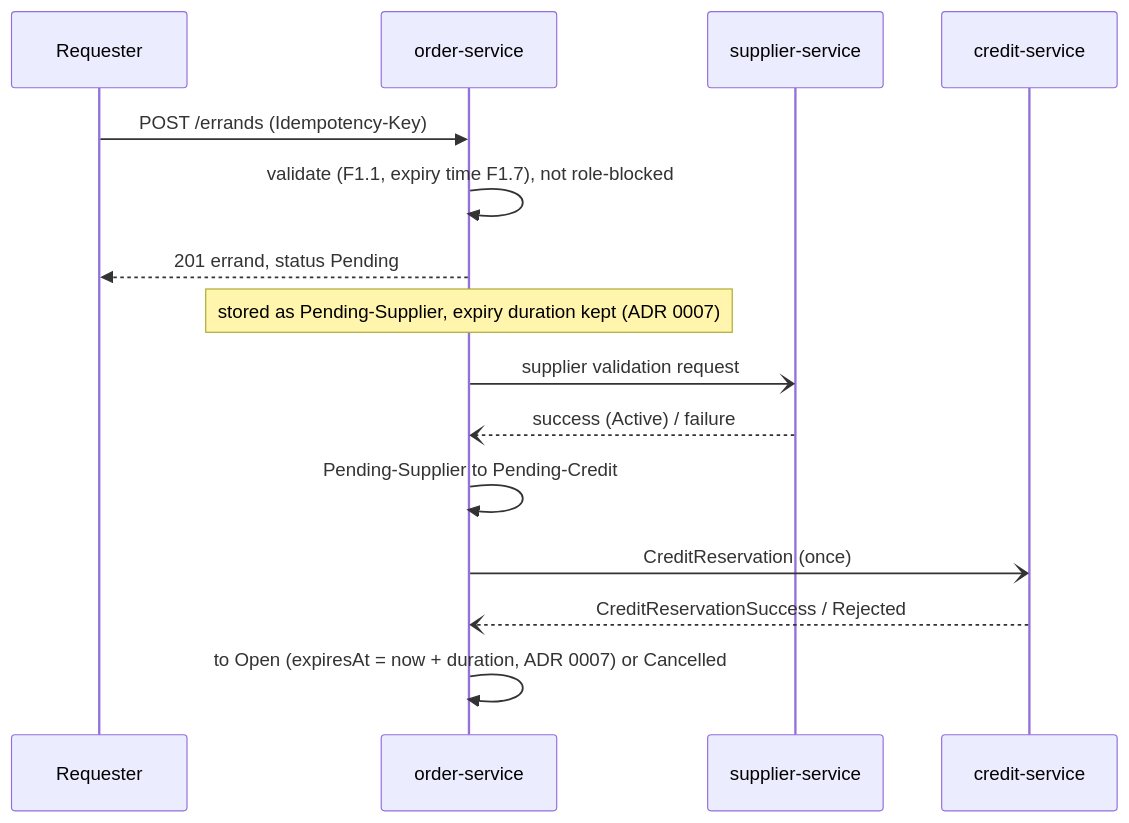
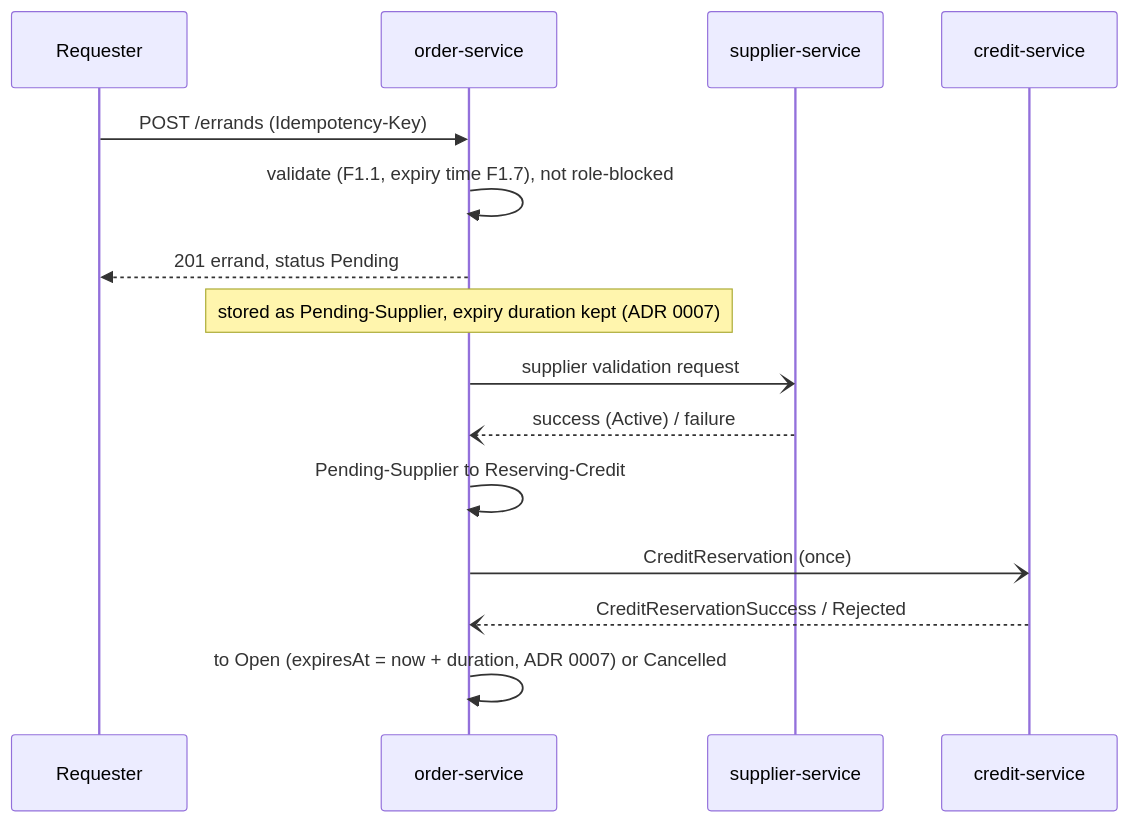
The fourth of 4 diagrams in order-service/ARCHITECTURE.md (AY2627S1-CS3219-P27/FoC), drawn with Mermaid before and after one commit. The commit also changed other lines of this file and 4 other files, not shown here.

````diff
--- a/order-service/ARCHITECTURE.md
+++ b/order-service/ARCHITECTURE.md
@@ -154,17 +145,17 @@
 ```mermaid
 sequenceDiagram
   participant R as Requester
   participant O as order-service
   participant S as supplier-service
   participant K as credit-service
   R->>O: POST /errands (Idempotency-Key)
   O->>O: validate (F1.1, expiry time F1.7), not role-blocked
   O-->>R: 201 errand, status Pending
   Note over O: stored as Pending-Supplier, expiry duration kept (ADR 0007)
   O-)S: supplier validation request
   S--)O: success (Active) / failure
-  O->>O: Pending-Supplier to Pending-Credit
+  O->>O: Pending-Supplier to Reserving-Credit
   O-)K: CreditReservation (once)
   K--)O: CreditReservationSuccess / Rejected
   O->>O: to Open (expiresAt = now + duration, ADR 0007) or Cancelled
 ```
````
